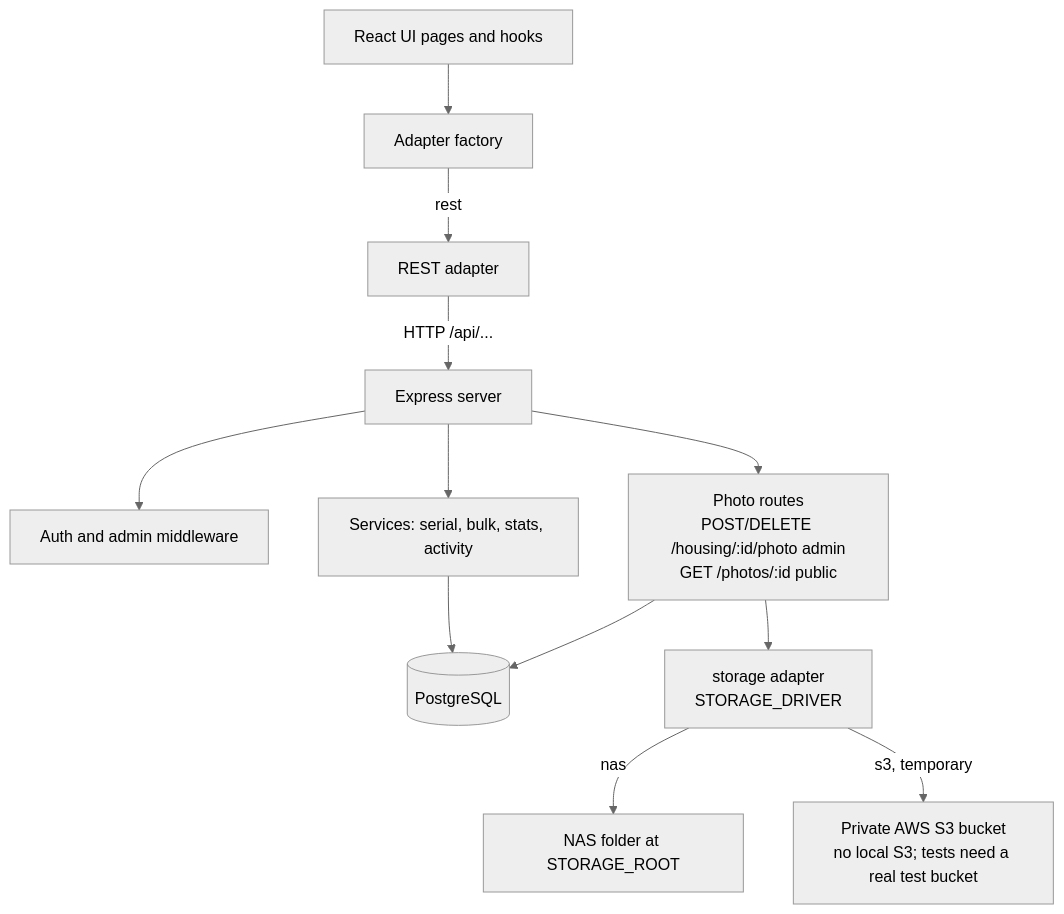
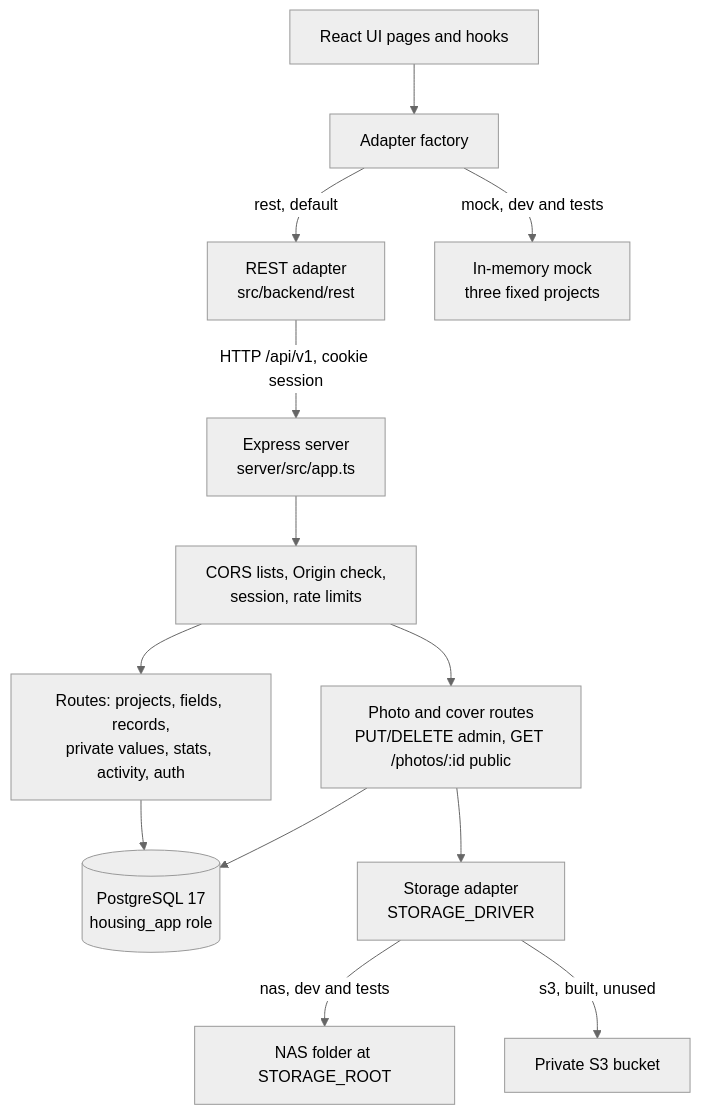
Before and after one commit to rajuofficialasf-hub/house-construction: the first of 2 diagrams in docs/diagrams/backend-architecture.md, drawn with Mermaid (neutral theme). The commit also changed other lines of this file and 15 other files, not shown here.

First line of the commit message:
docs: describe the app as built; history moves to docs/history (U62)

````diff
--- a/docs/diagrams/backend-architecture.md
+++ b/docs/diagrams/backend-architecture.md
@@ -19,14 +7,15 @@
 ```mermaid
 flowchart TB
   UI[React UI pages and hooks] --> F[Adapter factory]
-  F -->|rest| RA[REST adapter]
-  RA -->|HTTP /api/...| EX[Express server]
-  EX --> MW[Auth and admin middleware]
-  EX --> SV[Services: serial, bulk, stats, activity]
-  SV --> PG[(PostgreSQL)]
-  EX --> PH[Photo routes<br/>POST/DELETE /housing/:id/photo admin<br/>GET /photos/:id public]
+  F -->|rest, default| RA[REST adapter<br/>src/backend/rest]
+  F -->|mock, dev and tests| MK[In-memory mock<br/>three fixed projects]
+  RA -->|HTTP /api/v1, cookie session| EX[Express server<br/>server/src/app.ts]
+  EX --> MW[CORS lists, Origin check,<br/>session, rate limits]
+  MW --> RT[Routes: projects, fields, records,<br/>private values, stats, activity, auth]
+  RT --> PG[(PostgreSQL 17<br/>housing_app role)]
+  MW --> PH[Photo and cover routes<br/>PUT/DELETE admin, GET /photos/:id public]
   PH --> PG
-  PH --> STG[storage adapter<br/>STORAGE_DRIVER]
-  STG -->|nas| NAS[NAS folder at STORAGE_ROOT]
-  STG -->|s3, temporary| S3[Private AWS S3 bucket<br/>no local S3; tests need a real test bucket]
+  PH --> STG[Storage adapter<br/>STORAGE_DRIVER]
+  STG -->|nas, dev and tests| NAS[NAS folder at STORAGE_ROOT]
+  STG -->|s3, built, unused| S3[Private S3 bucket]
 ```
````
